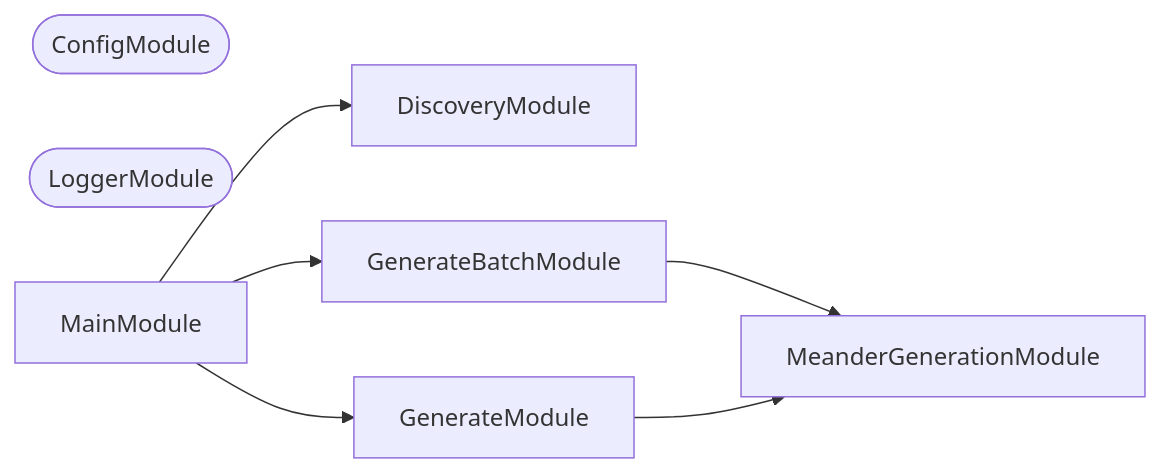
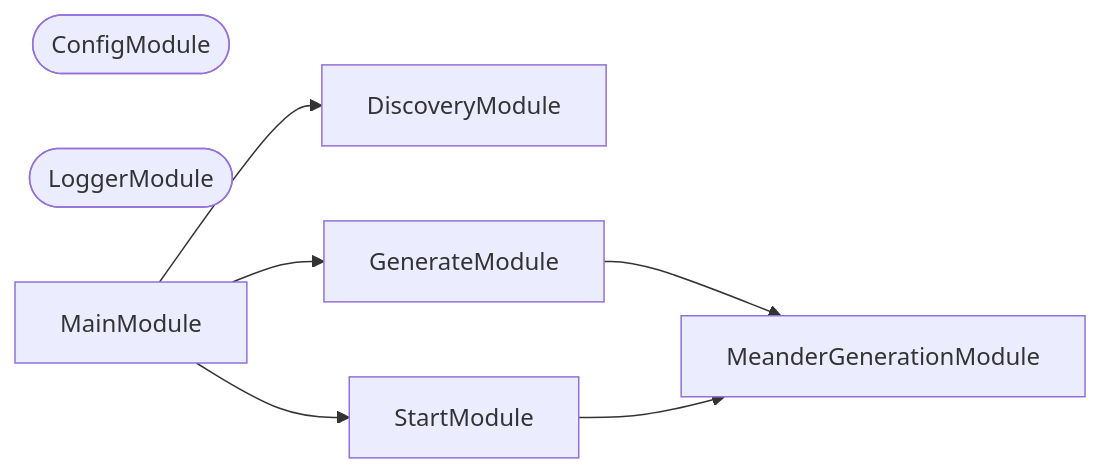
Before and after one commit to JimmyPaolini/codebase: the fourth of 5 diagrams in applications/meanderaw/README.md, drawn with Mermaid. The commit also changed other lines of this file and 3 other files, not shown here.

````diff
--- a/applications/meanderaw/README.md
+++ b/applications/meanderaw/README.md
@@ -376,15 +376,15 @@
 ```mermaid
 flowchart LR
   ConfigModule([ConfigModule])
   DiscoveryModule
-  GenerateBatchModule
   GenerateModule
   LoggerModule([LoggerModule])
   MainModule
   MeanderGenerationModule
-  GenerateBatchModule --> MeanderGenerationModule
+  StartModule
   GenerateModule --> MeanderGenerationModule
   MainModule --> DiscoveryModule
-  MainModule --> GenerateBatchModule
   MainModule --> GenerateModule
+  MainModule --> StartModule
+  StartModule --> MeanderGenerationModule
 ```
````
